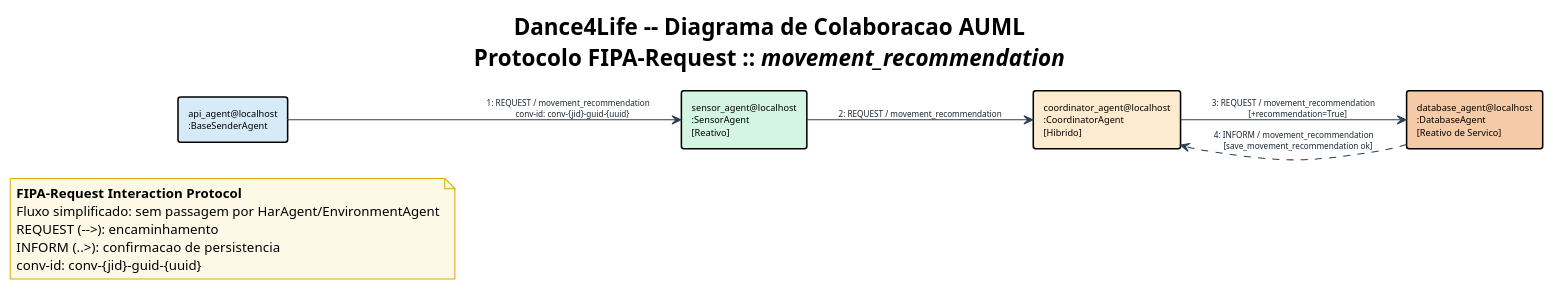
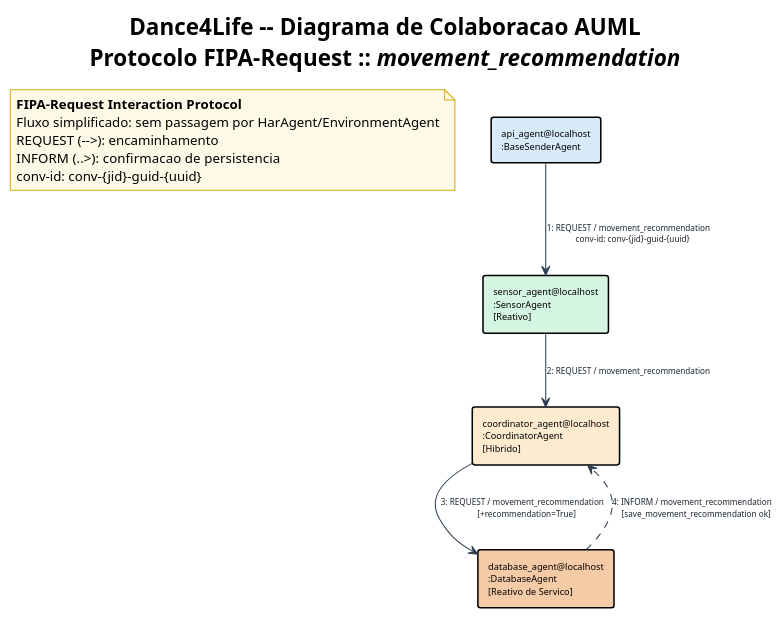
Before and after one commit to MIA-CDFR/SAASMRL: the second of 3 diagrams in Relatórios/ASMA/diagramas/auml_collaboration.puml, drawn with PlantUML. The commit also changed other lines of this file and 7 other files, not shown here.

```diff
--- a/Relatórios/ASMA/diagramas/auml_collaboration.puml
+++ b/Relatórios/ASMA/diagramas/auml_collaboration.puml
@@ -56,44 +56,44 @@
 @startuml Dance4Life_Collab_MR
 ' ================================================================
 ' Dance4Life -- Diagrama de Colaboracao AUML
 ' Padrao  : AUML (Odell, Parunak & Bauer, 2001)
 ' Protocolo : FIPA-Request (FIPA SC00026H)
 ' Ontologia : movement_recommendation
 ' Layout   : pipeline left-to-right
 ' ================================================================
 !theme plain
-left to right direction
+top to bottom direction
 skinparam componentStyle rectangle
 skinparam componentFontSize 9
 skinparam componentFontName Arial
 skinparam componentBorderThickness 1.5
 skinparam arrowColor #2C3E50
 skinparam arrowFontSize 8
 skinparam arrowFontColor #1B2631
 skinparam NoteBackgroundColor #FEF9E7
 skinparam NoteBorderColor #D4AC0D
 
 title <b>Dance4Life -- Diagrama de Colaboracao AUML</b>\nProtocolo FIPA-Request :: <i>movement_recommendation</i>
 
 note as NFIPA
   <b>FIPA-Request Interaction Protocol</b>
   Fluxo simplificado: sem passagem por HarAgent/EnvironmentAgent
   REQUEST (-->): encaminhamento
   INFORM  (..>): confirmacao de persistencia
   conv-id: conv-{jid}-guid-{uuid}
 end note
 
 component "api_agent@localhost\n:BaseSenderAgent" as API #D6EAF8
 component "sensor_agent@localhost\n:SensorAgent\n[Reativo]" as SA #D5F5E3
 component "coordinator_agent@localhost\n:CoordinatorAgent\n[Hibrido]" as CA #FDEBD0
 component "database_agent@localhost\n:DatabaseAgent\n[Reativo de Servico]" as DB #F5CBA7
 
 ' REQUEST: pipeline principal
 API --> SA : "1: REQUEST / movement_recommendation\n    conv-id: conv-{jid}-guid-{uuid}"
 SA  --> CA : "2: REQUEST / movement_recommendation"
 CA  --> DB : "3: REQUEST / movement_recommendation\n    [+recommendation=True]"
 
 ' INFORM: confirmacao de persistencia
 DB ..> CA : "4: INFORM / movement_recommendation\n    [save_movement_recommendation ok]"
 
 @enduml
```
